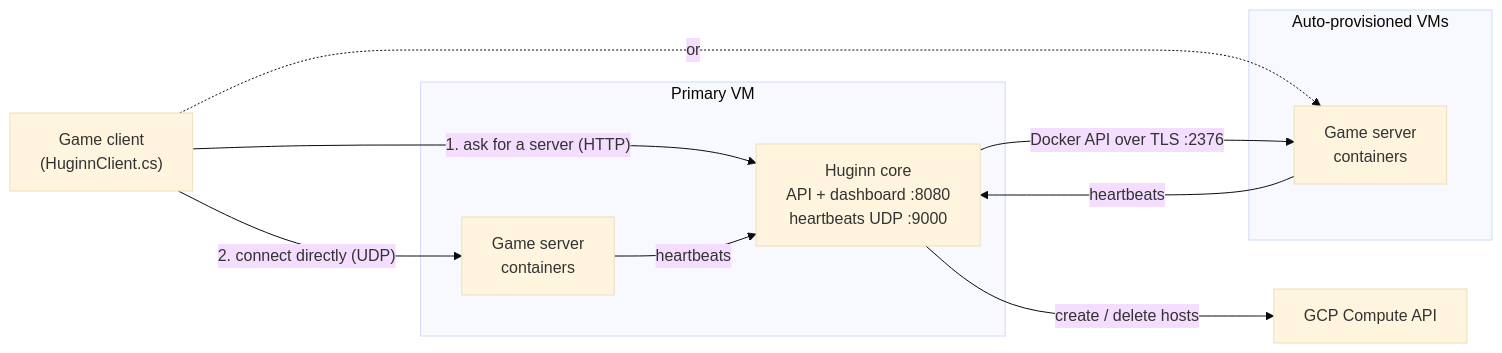
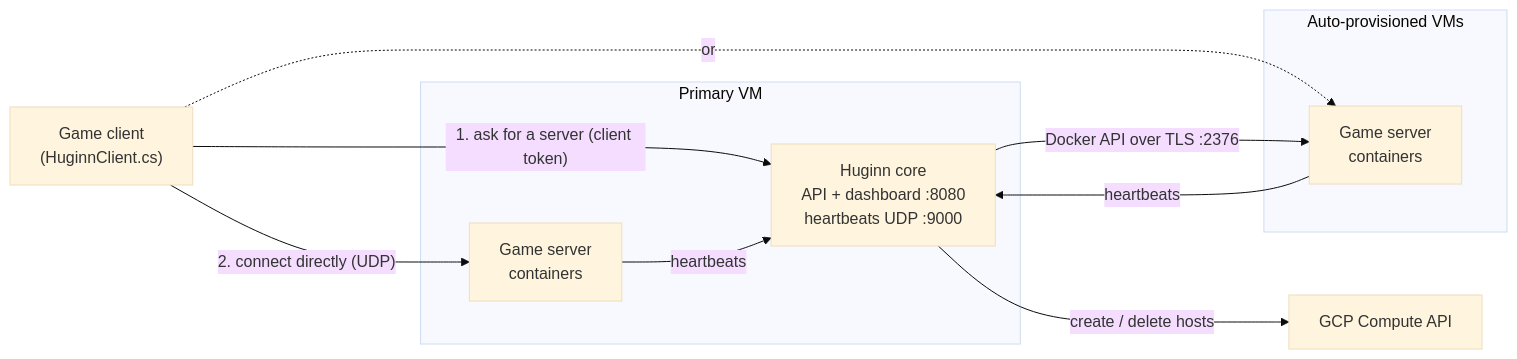
The diagram in README.md (cerentkn04/huginn), drawn with Mermaid (base theme) before and after one commit. The commit also changed other lines of this file and 4 other files, not shown here.

Commit message:
Split auth into admin token (full control) and client token (server discovery only) — fixes players holding admin credentials

````diff
--- a/README.md
+++ b/README.md
@@ -47,20 +49,20 @@
 ```mermaid
 flowchart LR
     Client["Game client<br/>(HuginnClient.cs)"]
     subgraph Primary["Primary VM"]
         Core["Huginn core<br/>API + dashboard :8080<br/>heartbeats UDP :9000"]
         G1["Game server<br/>containers"]
     end
     subgraph Extra["Auto-provisioned VMs"]
         G2["Game server<br/>containers"]
     end
     GCP["GCP Compute API"]
 
-    Client -- "1. ask for a server (HTTP)" --> Core
+    Client -- "1. ask for a server (client token)" --> Core
     Client -- "2. connect directly (UDP)" --> G1
     Client -. "or" .-> G2
     G1 -- heartbeats --> Core
     G2 -- heartbeats --> Core
     Core -- "Docker API over TLS :2376" --> G2
     Core -- "create / delete hosts" --> GCP
 ```
````
